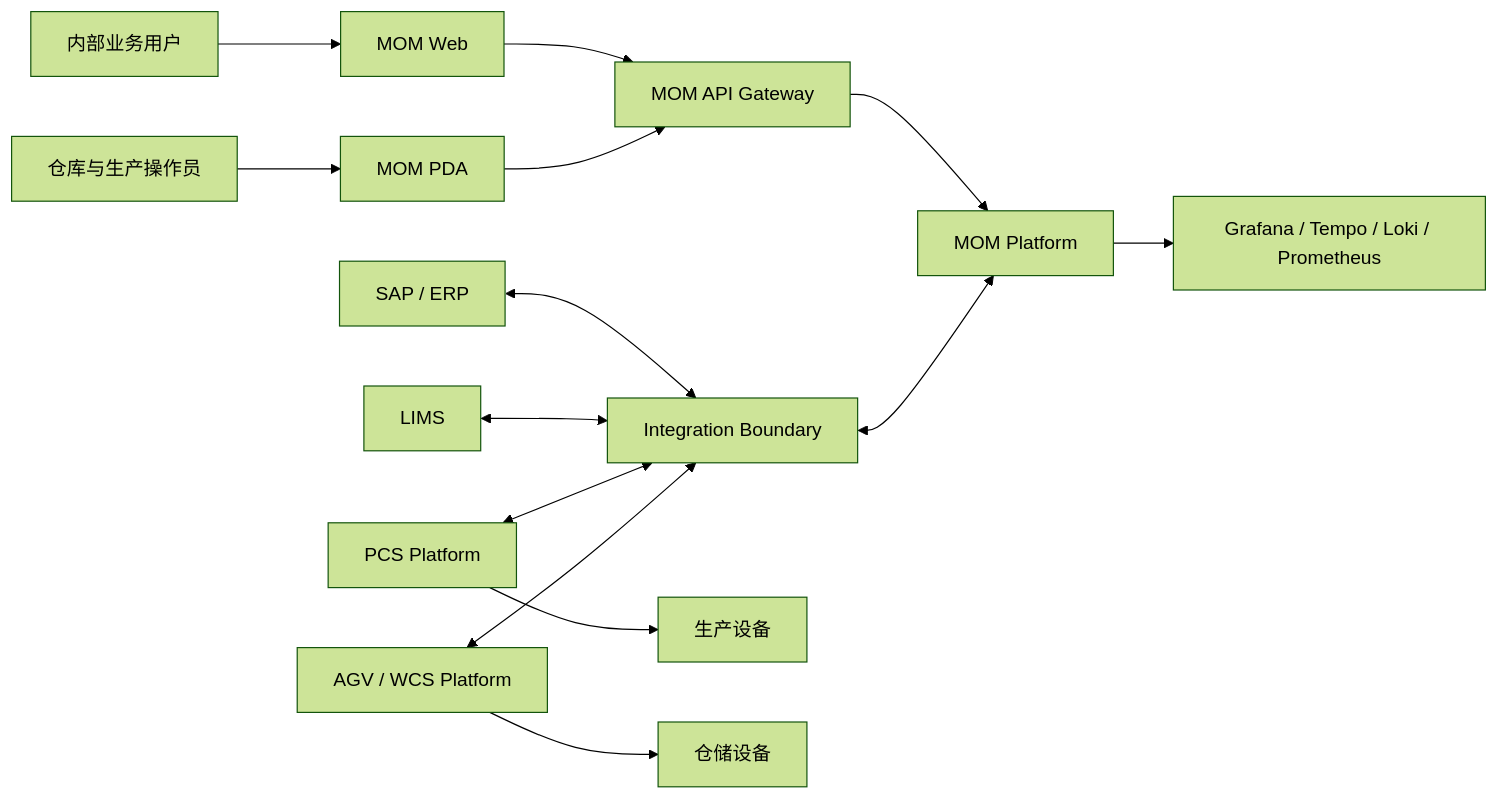
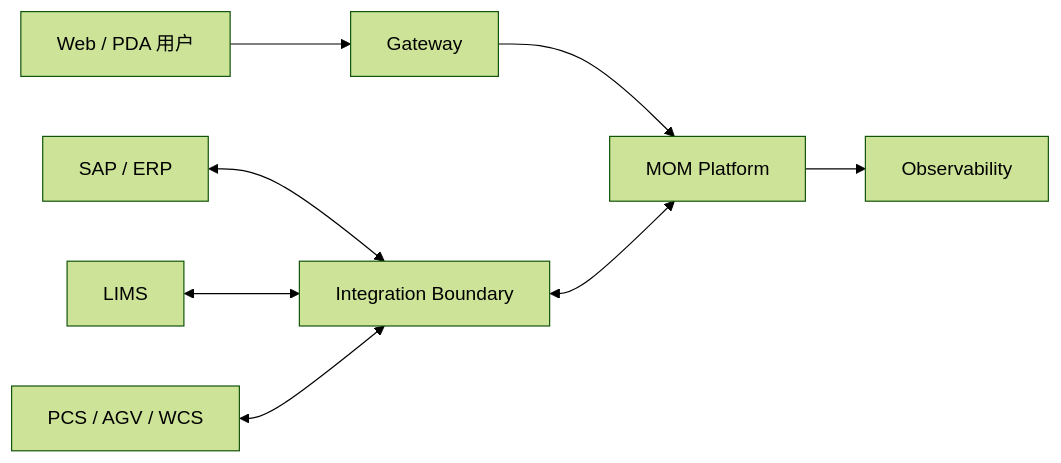
Before and after one commit to Chris-co-shi/mom-platform: the diagram in docs/architecture/系统上下文.md, drawn with Mermaid (forest theme). The commit also changed other lines of this file and 132 other files, not shown here.

````diff
--- a/docs/architecture/系统上下文.md
+++ b/docs/architecture/系统上下文.md
@@ -12,20 +5,10 @@
 ```mermaid
 flowchart LR
-  Internal[内部业务用户] --> Web[MOM Web]
-  Warehouse[仓库与生产操作员] --> PDA[MOM PDA]
-
-  Web --> GW[MOM API Gateway]
-  PDA --> GW
+  User[Web / PDA 用户] --> GW[Gateway]
   GW --> MOM[MOM Platform]
-
   ERP[SAP / ERP] <--> INT[Integration Boundary]
   LIMS[LIMS] <--> INT
-  PCS[PCS Platform] <--> INT
-  WCS[AGV / WCS Platform] <--> INT
+  PCS[PCS / AGV / WCS] <--> INT
   INT <--> MOM
-
-  PCS --> Devices[生产设备]
-  WCS --> WarehouseDevices[仓储设备]
-
-  MOM --> OBS[Grafana / Tempo / Loki / Prometheus]
+  MOM --> OBS[Observability]
 ```
````
